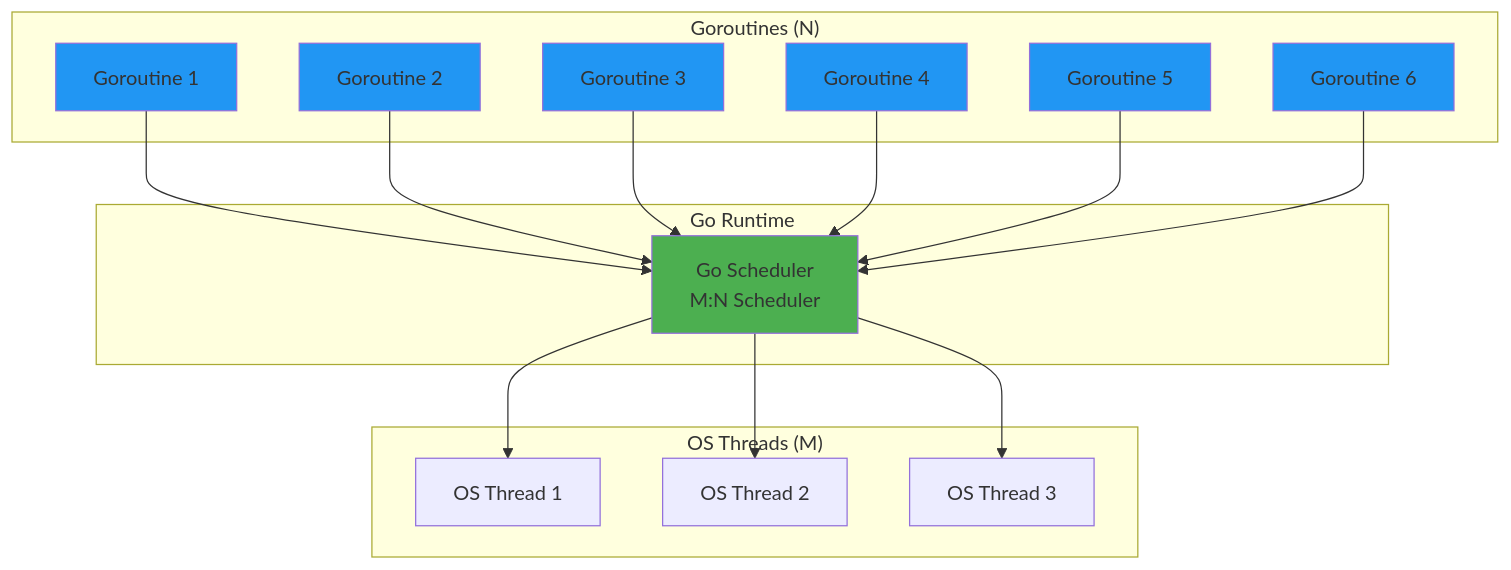
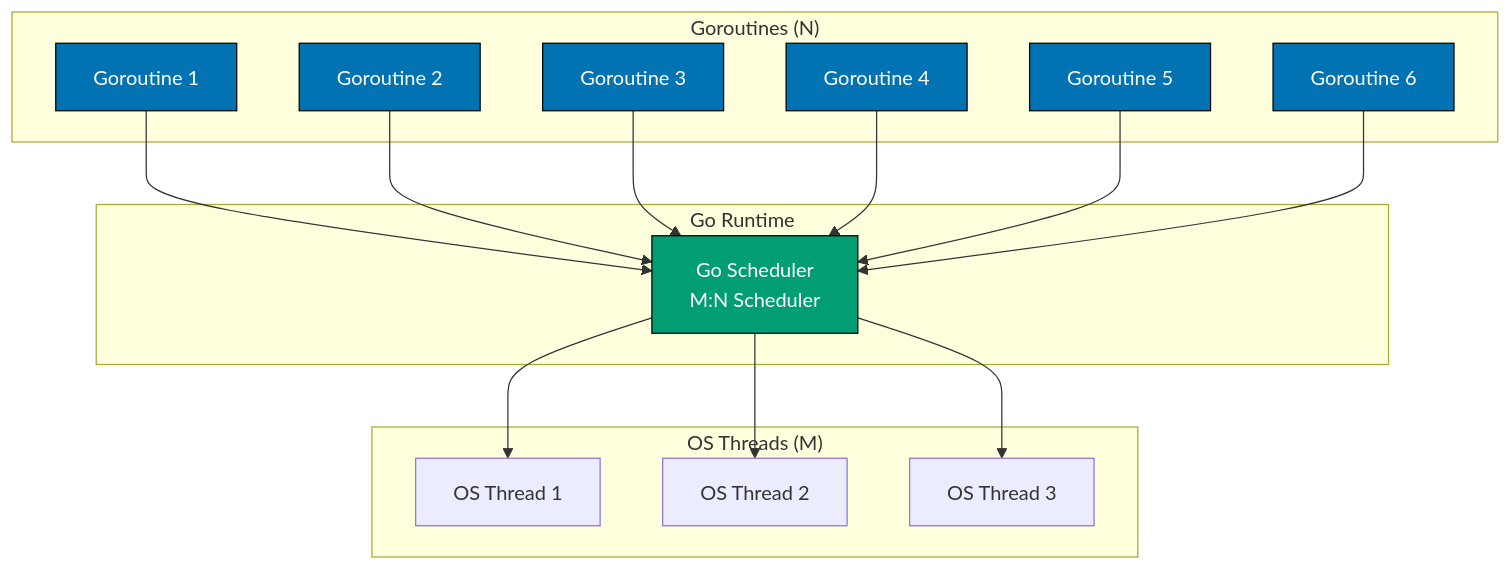
Before and after one commit to wahidyankf/open-sharia-enterprise: the fourth of 6 diagrams in docs/tutorials/software-engineering/programming-languages/golang/tu-soen-prla-gola__beginner.md, drawn with Mermaid. The commit also changed other lines of this file and 22 other files, not shown here.

First line of the commit message:
docs(diagrams): ensure all mermaid diagrams use color-blind friendly palette

````diff
--- a/docs/tutorials/software-engineering/programming-languages/golang/tu-soen-prla-gola__beginner.md
+++ b/docs/tutorials/software-engineering/programming-languages/golang/tu-soen-prla-gola__beginner.md
@@ -1091,40 +1111,40 @@
 ```mermaid
 graph TD
     subgraph "Go Runtime"
         Scheduler[Go Scheduler<br/>M:N Scheduler]
     end
 
     subgraph "OS Threads (M)"
         T1[OS Thread 1]
         T2[OS Thread 2]
         T3[OS Thread 3]
     end
 
     subgraph "Goroutines (N)"
         G1[Goroutine 1]
         G2[Goroutine 2]
         G3[Goroutine 3]
         G4[Goroutine 4]
         G5[Goroutine 5]
         G6[Goroutine 6]
     end
 
     Scheduler --> T1
     Scheduler --> T2
     Scheduler --> T3
 
     G1 --> Scheduler
     G2 --> Scheduler
     G3 --> Scheduler
     G4 --> Scheduler
     G5 --> Scheduler
     G6 --> Scheduler
 
-    style Scheduler fill:#4CAF50
-    style G1 fill:#2196F3
-    style G2 fill:#2196F3
-    style G3 fill:#2196F3
-    style G4 fill:#2196F3
-    style G5 fill:#2196F3
-    style G6 fill:#2196F3
+    style Scheduler fill:#029E73,stroke:#000000,color:#FFFFFF
+    style G1 fill:#0173B2,stroke:#000000,color:#FFFFFF
+    style G2 fill:#0173B2,stroke:#000000,color:#FFFFFF
+    style G3 fill:#0173B2,stroke:#000000,color:#FFFFFF
+    style G4 fill:#0173B2,stroke:#000000,color:#FFFFFF
+    style G5 fill:#0173B2,stroke:#000000,color:#FFFFFF
+    style G6 fill:#0173B2,stroke:#000000,color:#FFFFFF
 ```
````
